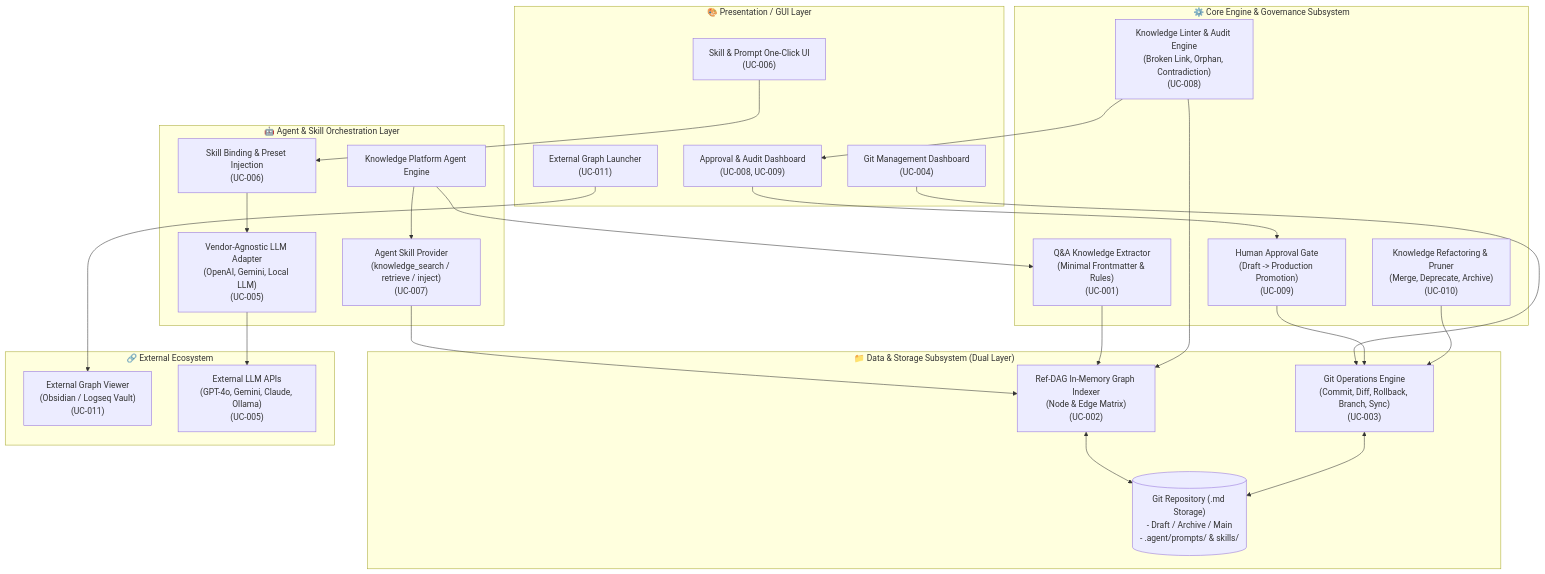
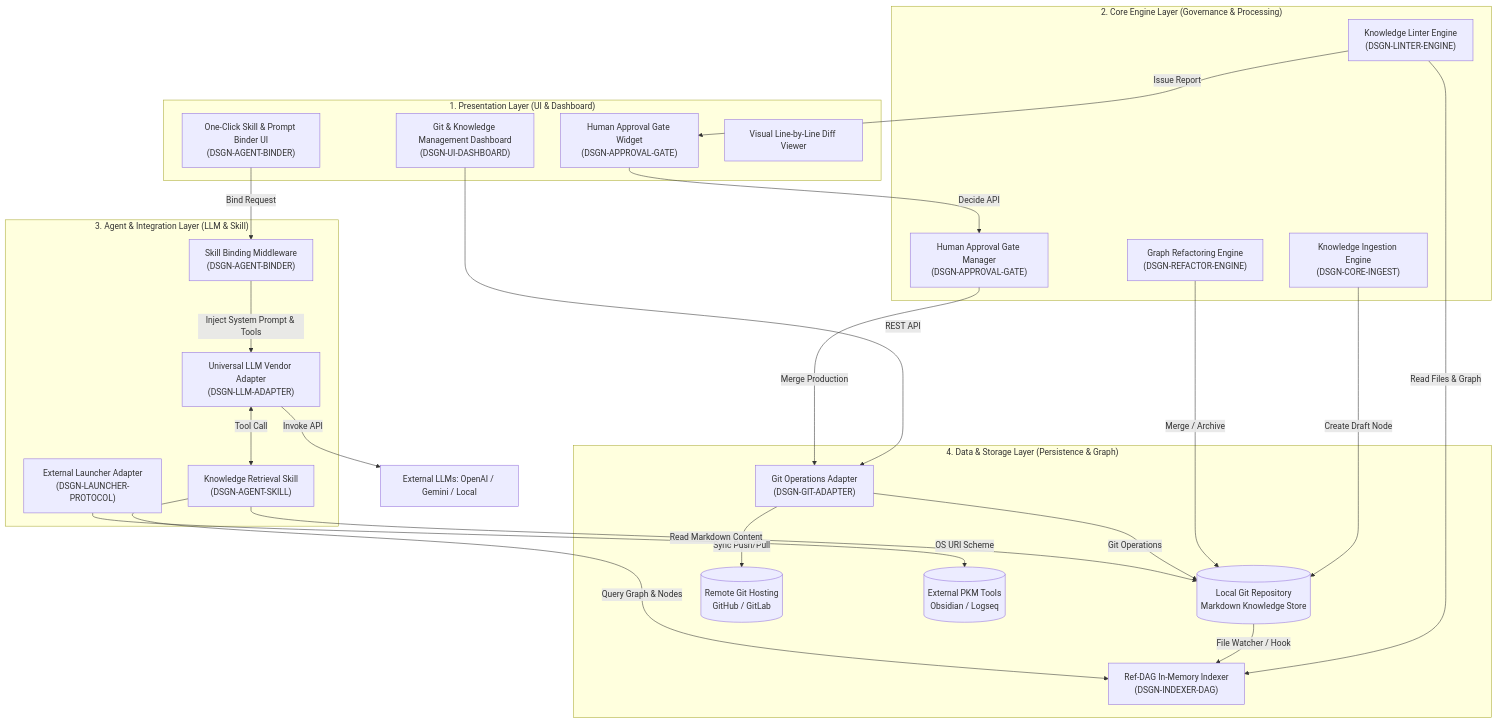
The first of 6 diagrams in .doc/0816_knowledge_platform_architecture_spec.md (chaehwanli/bifacewiki), drawn with Mermaid before and after one commit. The commit also changed other lines of this file and 3 other files, not shown here.

First line of the commit message:
docs: add Knowledge Platform overall architecture & module view spec and evaluation reports

````diff
--- a/.doc/0816_knowledge_platform_architecture_spec.md
+++ b/.doc/0816_knowledge_platform_architecture_spec.md
@@ -26,55 +32,58 @@
 ```mermaid
-flowchart TB
-    subgraph User_Interface ["🎨 Presentation / GUI Layer"]
-        UI_Git["Git Management Dashboard\n(UC-004)"]
-        UI_Preset["Skill & Prompt One-Click UI\n(UC-006)"]
-        UI_Audit["Approval & Audit Dashboard\n(UC-008, UC-009)"]
-        UI_Launch["External Graph Launcher\n(UC-011)"]
+graph TB
+    subgraph Client_Layer ["1. Presentation Layer (UI & Dashboard)"]
+        UI_Dash["Git & Knowledge Management Dashboard<br/>(DSGN-UI-DASHBOARD)"]
+        UI_Skill["One-Click Skill & Prompt Binder UI<br/>(DSGN-AGENT-BINDER)"]
+        UI_Approval["Human Approval Gate Widget<br/>(DSGN-APPROVAL-GATE)"]
+        UI_Diff["Visual Line-by-Line Diff Viewer"]
     end
 
-    subgraph Agent_Runtime ["🤖 Agent & Skill Orchestration Layer"]
-        Agent_Engine["Knowledge Platform Agent Engine"]
-        Skill_Binder["Skill Binding & Preset Injection\n(UC-006)"]
-        Skill_Retriever["Agent Skill Provider\n(knowledge_search / retrieve / inject)\n(UC-007)"]
-        LLM_Adapter["Vendor-Agnostic LLM Adapter\n(OpenAI, Gemini, Local LLM)\n(UC-005)"]
+    subgraph Core_Engine_Layer ["2. Core Engine Layer (Governance & Processing)"]
+        IngestEngine["Knowledge Ingestion Engine<br/>(DSGN-CORE-INGEST)"]
+        LinterEngine["Knowledge Linter Engine<br/>(DSGN-LINTER-ENGINE)"]
+        ApprovalGate["Human Approval Gate Manager<br/>(DSGN-APPROVAL-GATE)"]
+        RefactorEngine["Graph Refactoring Engine<br/>(DSGN-REFACTOR-ENGINE)"]
     end
 
-    subgraph Governance_Engine ["⚙️ Core Engine & Governance Subsystem"]
-        Ingest_Engine["Q&A Knowledge Extractor\n(Minimal Frontmatter & Rules)\n(UC-001)"]
-        Linter_Engine["Knowledge Linter & Audit Engine\n(Broken Link, Orphan, Contradiction)\n(UC-008)"]
-        Approval_Gate["Human Approval Gate\n(Draft -> Production Promotion)\n(UC-009)"]
-        Refactor_Engine["Knowledge Refactoring & Pruner\n(Merge, Deprecate, Archive)\n(UC-010)"]
+    subgraph Agent_Layer ["3. Agent & Integration Layer (LLM & Skill)"]
+        LLMAdapter["Universal LLM Vendor Adapter<br/>(DSGN-LLM-ADAPTER)"]
+        SkillBinder["Skill Binding Middleware<br/>(DSGN-AGENT-BINDER)"]
+        RetrievalSkill["Knowledge Retrieval Skill<br/>(DSGN-AGENT-SKILL)"]
+        ExternalProtocol["External Launcher Adapter<br/>(DSGN-LAUNCHER-PROTOCOL)"]
     end
 
-    subgraph Index_Storage ["📁 Data & Storage Subsystem (Dual Layer)"]
-        RefDAG_Indexer["Ref-DAG In-Memory Graph Indexer\n(Node & Edge Matrix)\n(UC-002)"]
-        Git_Adapter["Git Operations Engine\n(Commit, Diff, Rollback, Branch, Sync)\n(UC-003)"]
-        Markdown_Store[("Git Repository (.md Storage)\n- Draft / Archive / Main\n- .agent/prompts/ & skills/")]
+    subgraph Data_Storage_Layer ["4. Data & Storage Layer (Persistence & Graph)"]
+        DAGIndexer["Ref-DAG In-Memory Indexer<br/>(DSGN-INDEXER-DAG)"]
+        GitAdapter["Git Operations Adapter<br/>(DSGN-GIT-ADAPTER)"]
+        GitRepo[("Local Git Repository<br/>Markdown Knowledge Store")]
+        RemoteGit[("Remote Git Hosting<br/>GitHub / GitLab")]
+        ExternalPKM[("External PKM Tools<br/>Obsidian / Logseq")]
     end
 
-    subgraph External_Tools ["🔗 External Ecosystem"]
-        Obsidian["External Graph Viewer\n(Obsidian / Logseq Vault)\n(UC-011)"]
-        Vendor_LLMs["External LLM APIs\n(GPT-4o, Gemini, Claude, Ollama)\n(UC-005)"]
-    end
+    %% Client Layer Interaction
+    UI_Dash -->|REST API| GitAdapter
+    UI_Skill -->|Bind Request| SkillBinder
+    UI_Approval -->|Decide API| ApprovalGate
 
-    %% Flow Connections
-    UI_Preset --> Skill_Binder
-    UI_Git --> Git_Adapter
-    UI_Audit --> Approval_Gate
-    UI_Launch --> Obsidian
+    %% Ingestion & Governance Flow
+    IngestEngine -->|Create Draft Node| GitRepo
+    LinterEngine -->|Read Files & Graph| DAGIndexer
+    LinterEngine -->|Issue Report| UI_Approval
+    ApprovalGate -->|Merge Production| GitAdapter
+    RefactorEngine -->|Merge / Archive| GitRepo
 
-    Agent_Engine --> Ingest_Engine
-    Agent_Engine --> Skill_Retriever
-    Skill_Binder --> LLM_Adapter
-    Skill_Retriever --> RefDAG_Indexer
-    LLM_Adapter --> Vendor_LLMs
+    %% Data & Indexing
+    GitRepo -->|File Watcher / Hook| DAGIndexer
+    GitAdapter -->|Git Operations| GitRepo
+    GitAdapter -->|Sync Push/Pull| RemoteGit
 
-    Ingest_Engine --> RefDAG_Indexer
-    Linter_Engine --> RefDAG_Indexer
-    Linter_Engine --> UI_Audit
-    Approval_Gate --> Git_Adapter
-    Refactor_Engine --> Git_Adapter
+    %% Agent & Skill Integration
+    LLMAdapter -->|Invoke API| LLM_Vendors[External LLMs: OpenAI / Gemini / Local]
+    SkillBinder -->|Inject System Prompt & Tools| LLMAdapter
+    RetrievalSkill -->|Query Graph & Nodes| DAGIndexer
+    RetrievalSkill -->|Read Markdown Content| GitRepo
+    LLMAdapter <-->|Tool Call| RetrievalSkill
 
-    RefDAG_Indexer <--> Markdown_Store
-    Git_Adapter <--> Markdown_Store
+    %% External Integration
+    ExternalProtocol -->|OS URI Scheme| ExternalPKM
 ```
````
